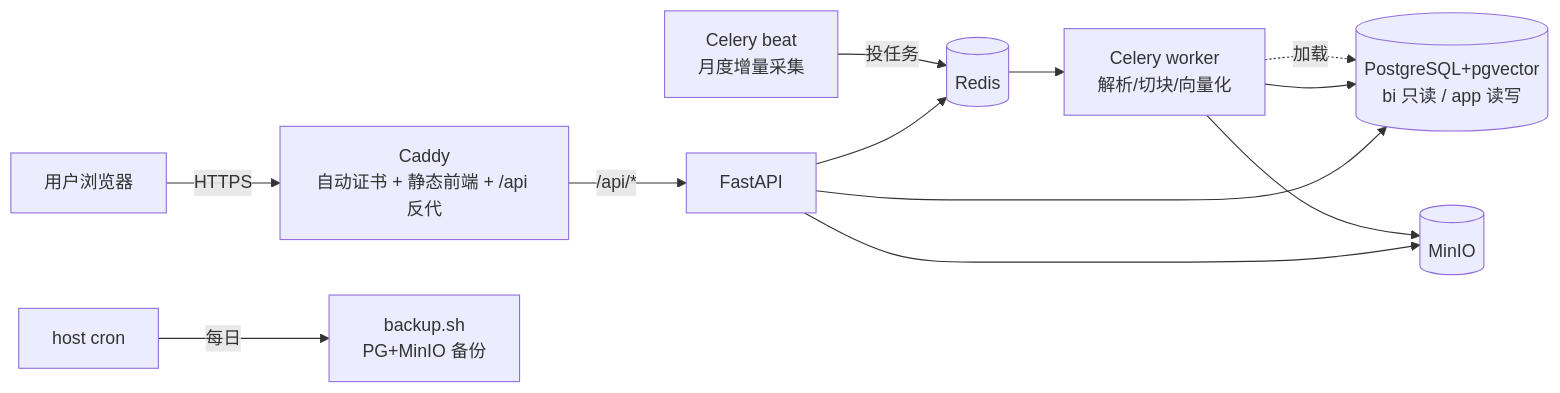
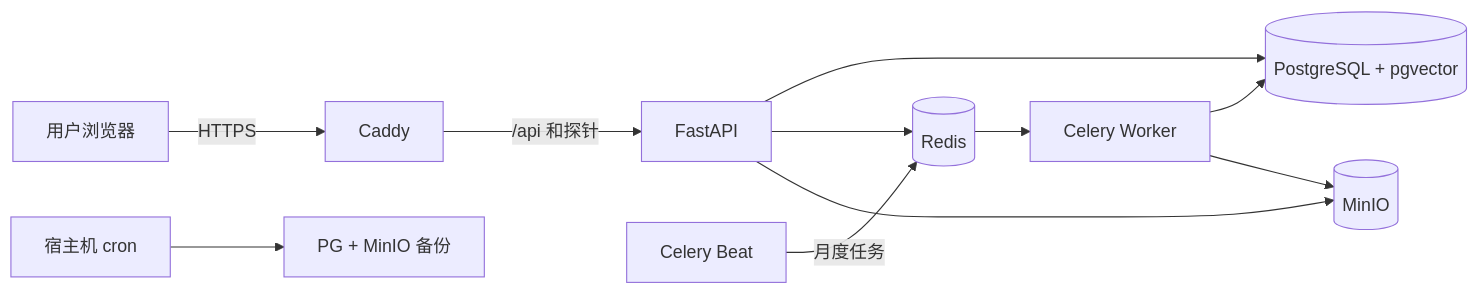
Before and after one commit to Gloria668866/study_code: the diagram in 车市镜/deploy/DEPLOY.md, drawn with Mermaid. The commit also changed other lines of this file and 281 other files, not shown here.

````diff
--- a/车市镜/deploy/DEPLOY.md
+++ b/车市镜/deploy/DEPLOY.md
@@ -127,13 +352,13 @@
 ```mermaid
 flowchart LR
-  U[用户浏览器] -->|HTTPS| CADDY[Caddy<br/>自动证书 + 静态前端 + /api 反代]
-  CADDY -->|/api/*| API[FastAPI]
-  API --> PG[(PostgreSQL+pgvector<br/>bi 只读 / app 读写)]
-  API --> REDIS[(Redis)]
-  API --> MINIO[(MinIO)]
-  WORKER[Celery worker<br/>解析/切块/向量化] --> PG
-  WORKER --> MINIO
-  BEAT[Celery beat<br/>月度增量采集] -->|投任务| REDIS --> WORKER
-  WORKER -.加载.-> PG
-  CRON[host cron] -->|每日| BACKUP[backup.sh<br/>PG+MinIO 备份]
+  U[用户浏览器] -->|HTTPS| C[Caddy]
+  C -->|/api 和探针| A[FastAPI]
+  A --> PG[(PostgreSQL + pgvector)]
+  A --> R[(Redis)]
+  A --> M[(MinIO)]
+  B[Celery Beat] -->|月度任务| R
+  R --> W[Celery Worker]
+  W --> PG
+  W --> M
+  H[宿主机 cron] --> BK[PG + MinIO 备份]
 ```
````
